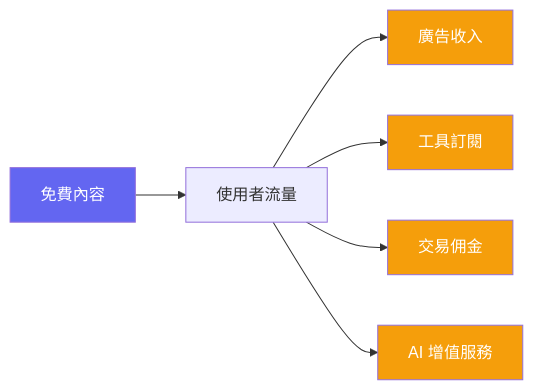
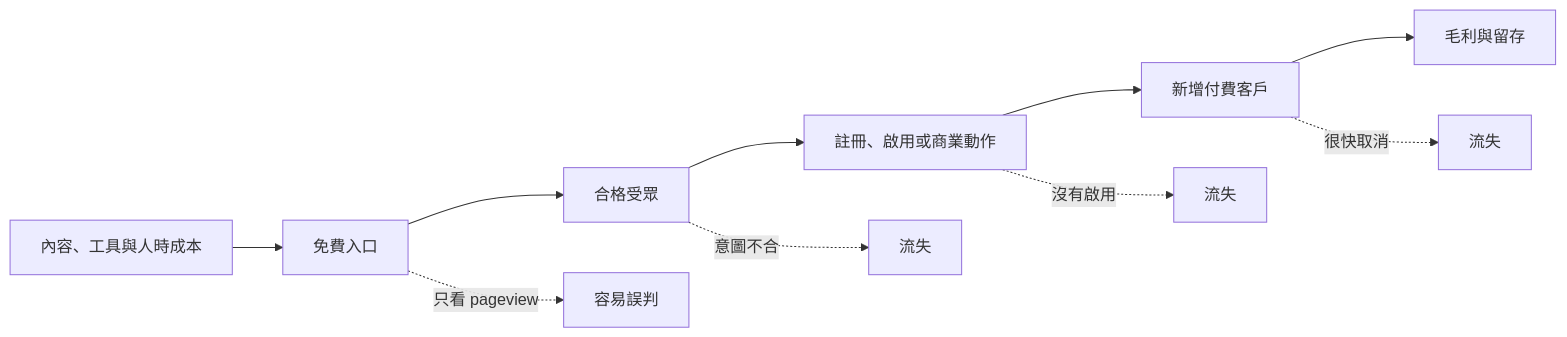
Before and after one commit to vincentxuu/quidproquo: the first of 2 diagrams in src/content/posts/product/2026-09-16-free-content-side-monetization.md, drawn with Mermaid. The commit also changed other lines of this file and 108 other files, not shown here.

````diff
--- a/src/content/posts/product/2026-09-16-free-content-side-monetization.md
+++ b/src/content/posts/product/2026-09-16-free-content-side-monetization.md
@@ -22,13 +26,12 @@
 ```mermaid
-graph LR
-    A[免費內容] --> B[使用者流量]
-    B --> C[廣告收入]
-    B --> D[工具訂閱]
-    B --> E[交易佣金]
-    B --> F[AI 增值服務]
-    style A fill:#6366f1,color:#fff
-    style C fill:#f59e0b,color:#fff
-    style D fill:#f59e0b,color:#fff
-    style E fill:#f59e0b,color:#fff
-    style F fill:#f59e0b,color:#fff
+flowchart LR
+    A[內容、工具與人時成本] --> B[免費入口]
+    B --> C[合格受眾]
+    C --> D[註冊、啟用或商業動作]
+    D --> E[新增付費客戶]
+    E --> F[毛利與留存]
+    B -.只看 pageview.-> X[容易誤判]
+    C -.意圖不合.-> L1[流失]
+    D -.沒有啟用.-> L2[流失]
+    E -.很快取消.-> L3[流失]
 ```
````
